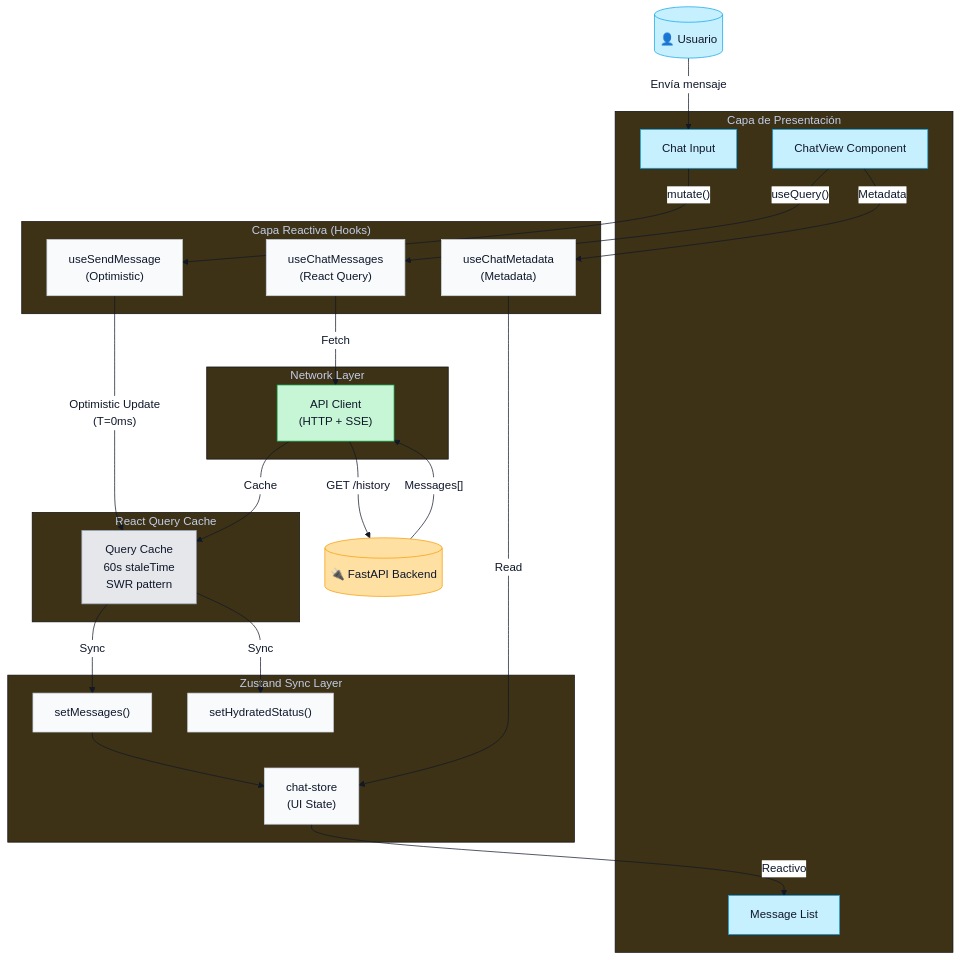
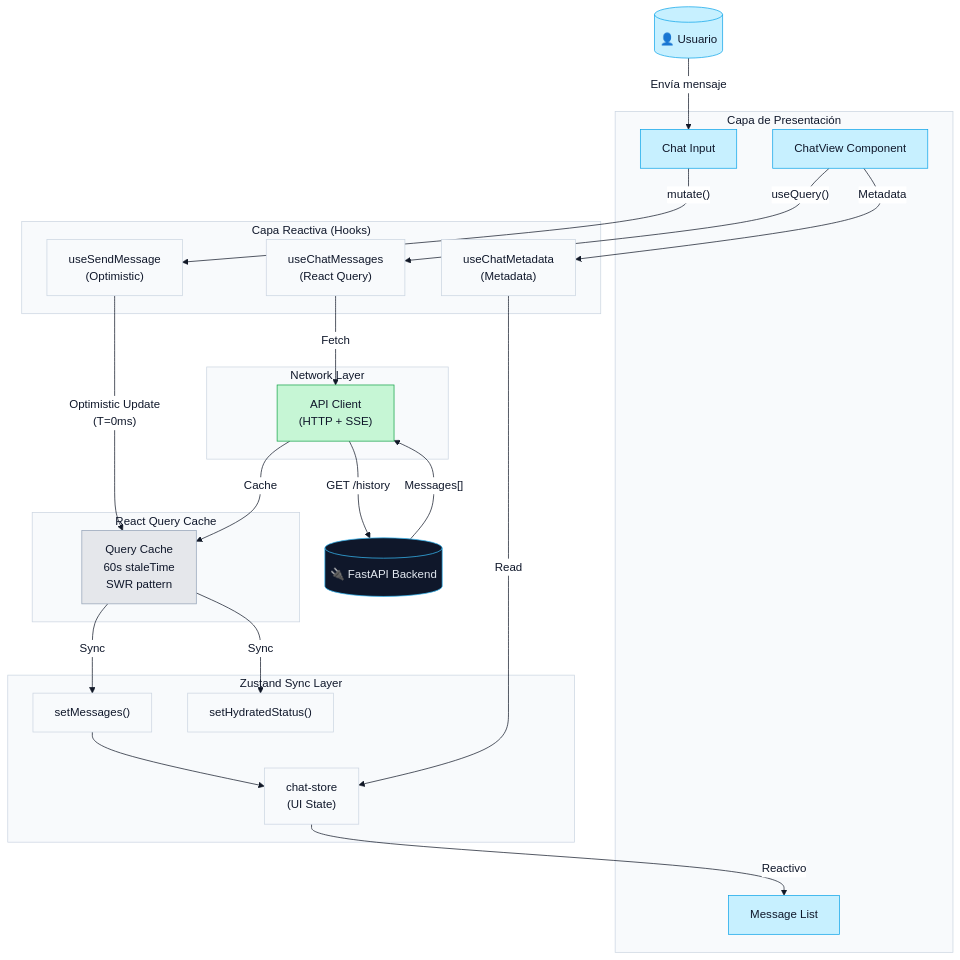
One commit to saptiva-ai/octavios-chat changed the fifth of 11 diagrams in README.md. Above: the diagram before and after it, drawn with Mermaid.

Commit message:
docs: unify reactive diagram colors

````diff
--- a/README.md
+++ b/README.md
@@ -764,58 +764,58 @@
 ```mermaid
-%%{init: {'theme': 'base', 'themeVariables': {'primaryColor': '#0f172a','primaryBorderColor': '#38bdf8','primaryTextColor': '#0f172a','lineColor': '#111827','textColor': '#111827','secondaryColor': '#ffffff','secondaryBorderColor': '#cbd5e1','secondaryTextColor': '#0f172a'}}}%%
+%%{init: {'theme': 'base', 'themeVariables': {'primaryColor': '#0f172a','primaryBorderColor': '#38bdf8','primaryTextColor': '#0f172a','lineColor': '#111827','textColor': '#111827','secondaryColor': '#ffffff','secondaryBorderColor': '#cbd5e1','secondaryTextColor': '#0f172a','tertiaryColor': '#f8fafc','tertiaryBorderColor': '#cbd5e1','tertiaryTextColor': '#0f172a'}}}%%
 flowchart TB
     User[("👤 Usuario")]:::user
 
     subgraph UI["Capa de Presentación"]
         ChatView["ChatView Component"]:::ui
         MessageList["Message List"]:::ui
         ChatInput["Chat Input"]:::ui
     end
 
     subgraph Reactive["Capa Reactiva (Hooks)"]
         useChatMessages["useChatMessages<br/>(React Query)"]:::reactive
         useChatMetadata["useChatMetadata<br/>(Metadata)"]:::reactive
         useSendMessage["useSendMessage<br/>(Optimistic)"]:::reactive
     end
 
     subgraph Cache["React Query Cache"]
         QueryCache["Query Cache<br/>60s staleTime<br/>SWR pattern"]:::cache
     end
 
     subgraph Sync["Zustand Sync Layer"]
         ChatStore["chat-store<br/>(UI State)"]:::sync
         setMessages["setMessages()"]:::sync
         setHydrated["setHydratedStatus()"]:::sync
     end
 
     subgraph Network["Network Layer"]
         APIClient["API Client<br/>(HTTP + SSE)"]:::network
     end
 
     Backend[("🔌 FastAPI Backend")]:::backend
 
     User -->|"Envía mensaje"| ChatInput
     ChatInput -->|"mutate()"| useSendMessage
     useSendMessage -->|"Optimistic Update<br/>(T=0ms)"| QueryCache
     QueryCache -->|"Sync"| setMessages
     setMessages --> ChatStore
     ChatStore -->|"Reactivo"| MessageList
 
     ChatView -->|"useQuery()"| useChatMessages
     useChatMessages -->|"Fetch"| APIClient
     APIClient -->|"GET /history"| Backend
     Backend -->|"Messages[]"| APIClient
     APIClient -->|"Cache"| QueryCache
     QueryCache -->|"Sync"| setHydrated
 
     ChatView -->|"Metadata"| useChatMetadata
     useChatMetadata -->|"Read"| ChatStore
 
     classDef user fill:#c7f0ff,stroke:#0ea5e9,color:#0f172a;
     classDef ui fill:#c7f0ff,stroke:#0ea5e9,color:#0f172a;
     classDef reactive fill:#f8fafc,stroke:#cbd5e1,color:#0f172a;
     classDef cache fill:#e5e7eb,stroke:#94a3b8,color:#0f172a;
     classDef sync fill:#f8fafc,stroke:#cbd5e1,color:#0f172a;
     classDef network fill:#c6f6d5,stroke:#16a34a,color:#0f172a;
-    classDef backend fill:#ffe0a3,stroke:#f59e0b,color:#0f172a;
+    classDef backend fill:#0f172a,stroke:#38bdf8,color:#e2e8f0;
 ```
````
